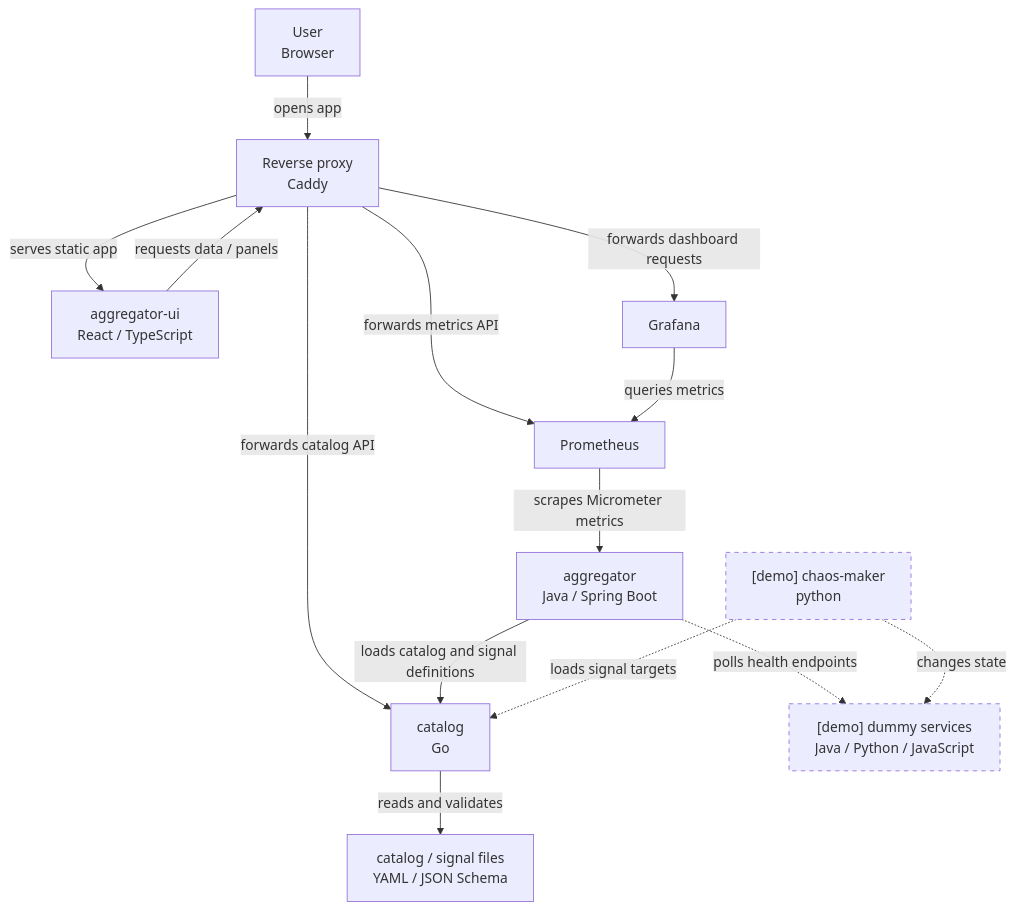
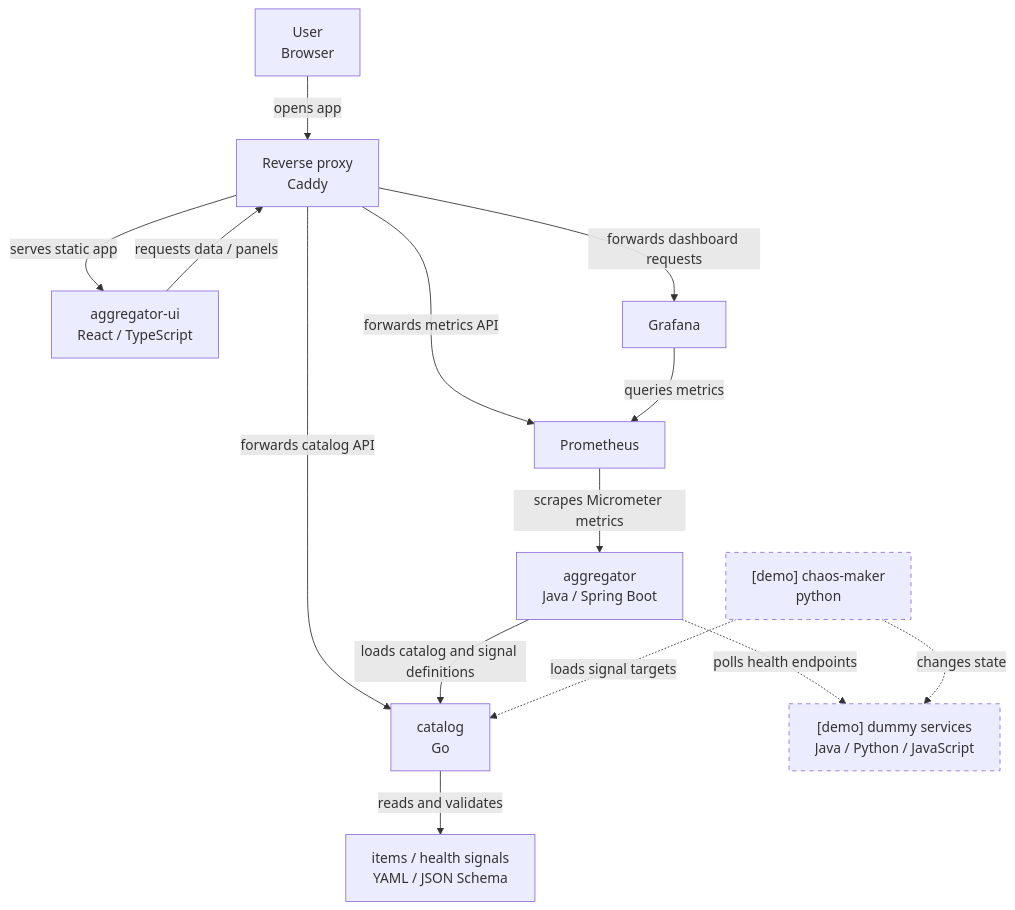
Before and after one commit to aleksei-sapozhnikov/aggregator: the diagram in README.md, drawn with Mermaid.

Commit message:
clarify catalog loading

````diff
--- a/README.md
+++ b/README.md
@@ -16,24 +16,24 @@
 ```mermaid
 flowchart TB
   browser["User<br>Browser"] -->|opens app| proxy["Reverse proxy<br>Caddy"]
   proxy -->|serves static app| ui["aggregator-ui<br>React / TypeScript"]
 
   ui -->|requests data / panels| proxy
   proxy -->|forwards catalog API| catalog["catalog<br>Go"]
   proxy -->|forwards metrics API| prometheus["Prometheus"]
   proxy -->|forwards dashboard requests| grafana["Grafana"]
 
   grafana -->|queries metrics| prometheus
   prometheus -->|scrapes Micrometer metrics| aggregator["aggregator<br>Java / Spring Boot"]
 
   aggregator -->|loads catalog and signal definitions| catalog
-  catalog -->|reads and validates| catalogFiles["catalog / signal files<br>YAML / JSON Schema"]
+  catalog -->|reads and validates| catalogFiles["items / health signals<br>YAML / JSON Schema"]
 
   aggregator -.->|polls health endpoints| demoServices
   chaos -.->|changes state| demoServices["[demo] dummy services<br>Java / Python / JavaScript"]
   chaos["[demo] chaos-maker<br>python"] -.->|loads signal targets| catalog
 
 
   classDef optional stroke-dasharray: 5 5
   class chaos,demoServices optional
 ```
````
